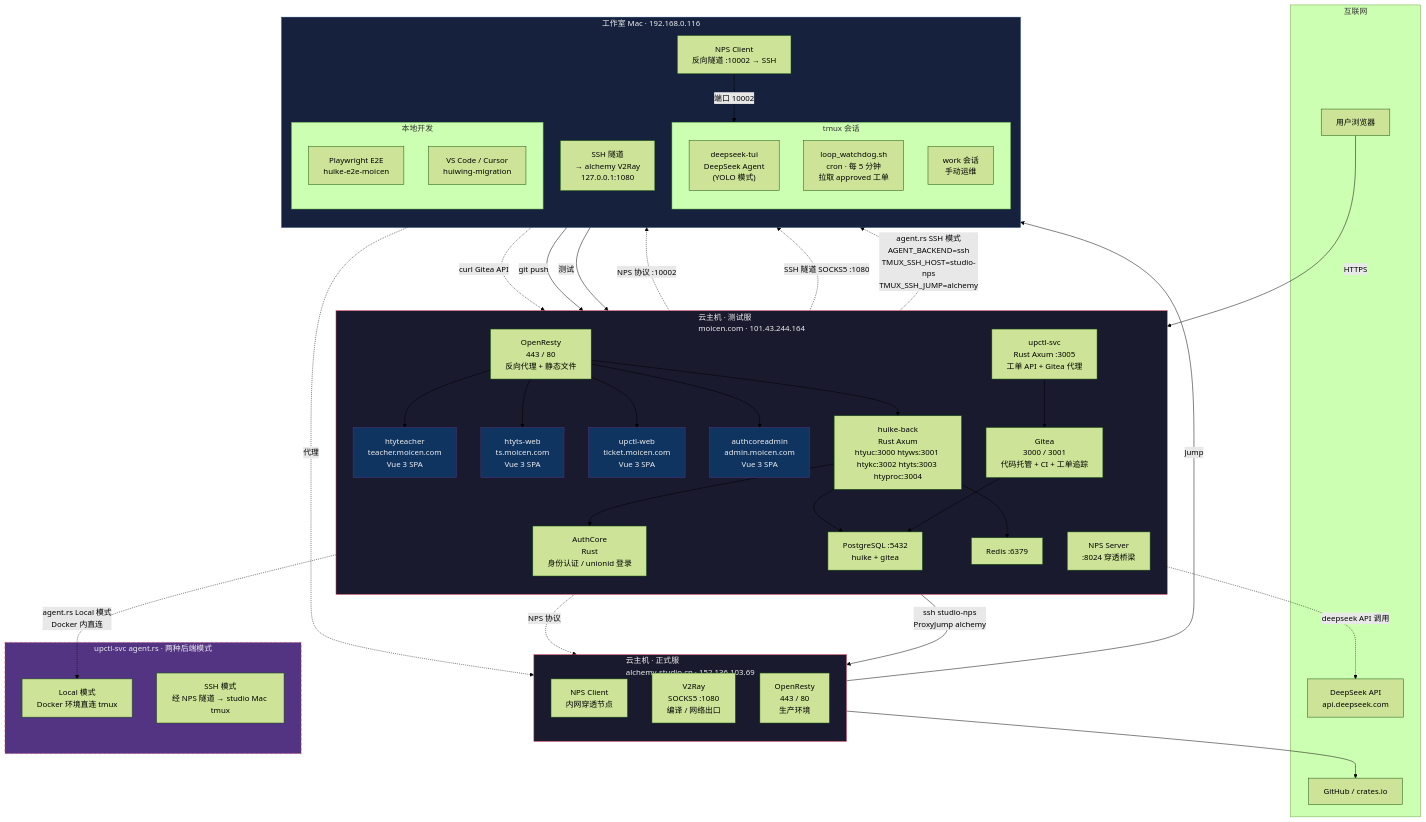
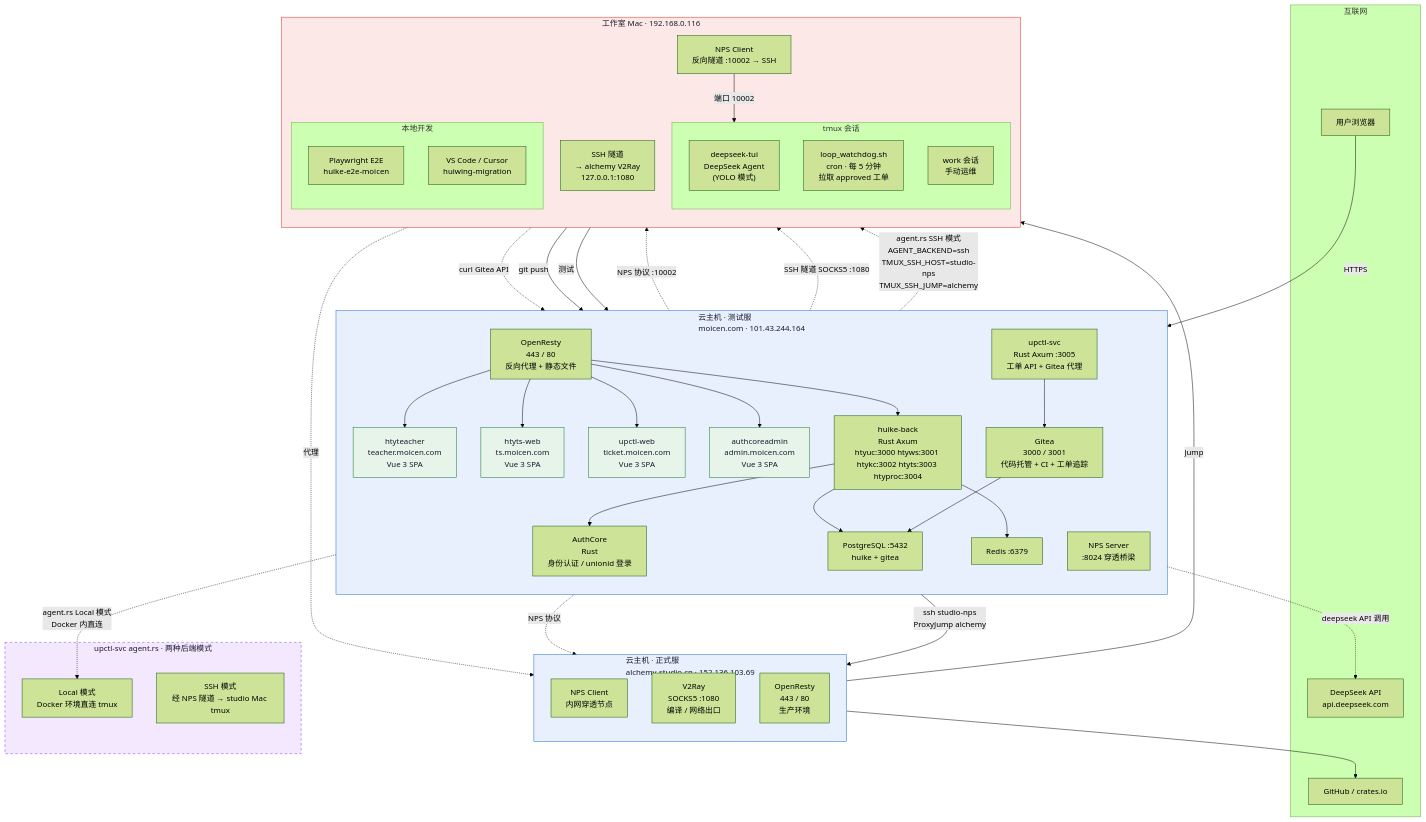
One commit to alchemy-studio/upctl-compose changed the first of 2 diagrams in docs/deployment-architecture.md. Above: the diagram before and after it, drawn with Mermaid (forest theme).

Commit message:
fix: light/transparent theme for Mermaid diagram

```diff
--- a/docs/deployment-architecture.md
+++ b/docs/deployment-architecture.md
@@ -102,11 +102,11 @@
     CODE -->|git push| GITEA
     PLAYWRIGHT -->|测试| OpenResty
 
-    %% 样式
-    classDef cloud fill:#1a1a2e,stroke:#e94560,color:#eee;
-    classDef mac fill:#16213e,stroke:#0f3460,color:#eee;
-    classDef web fill:#0f3460,stroke:#533483,color:#eee;
-    classDef agent fill:#533483,stroke:#e94560,color:#eee,stroke-dasharray: 5 5;
+    %% 样式（透明背景）
+    classDef cloud fill:#e8f0fe,stroke:#1967d2,color:#1a1a2e;
+    classDef mac fill:#fce8e6,stroke:#d93025,color:#1a1a2e;
+    classDef web fill:#e6f4ea,stroke:#137333,color:#1a1a2e;
+    classDef agent fill:#f3e8fd,stroke:#7c3aed,color:#1a1a2e,stroke-dasharray: 5 5;
     class Cloud_Moicen,Cloud_Alchemy cloud;
     class Studio_Mac mac;
     class htytch,htyts,upctl_web,authcore_web web;
```
